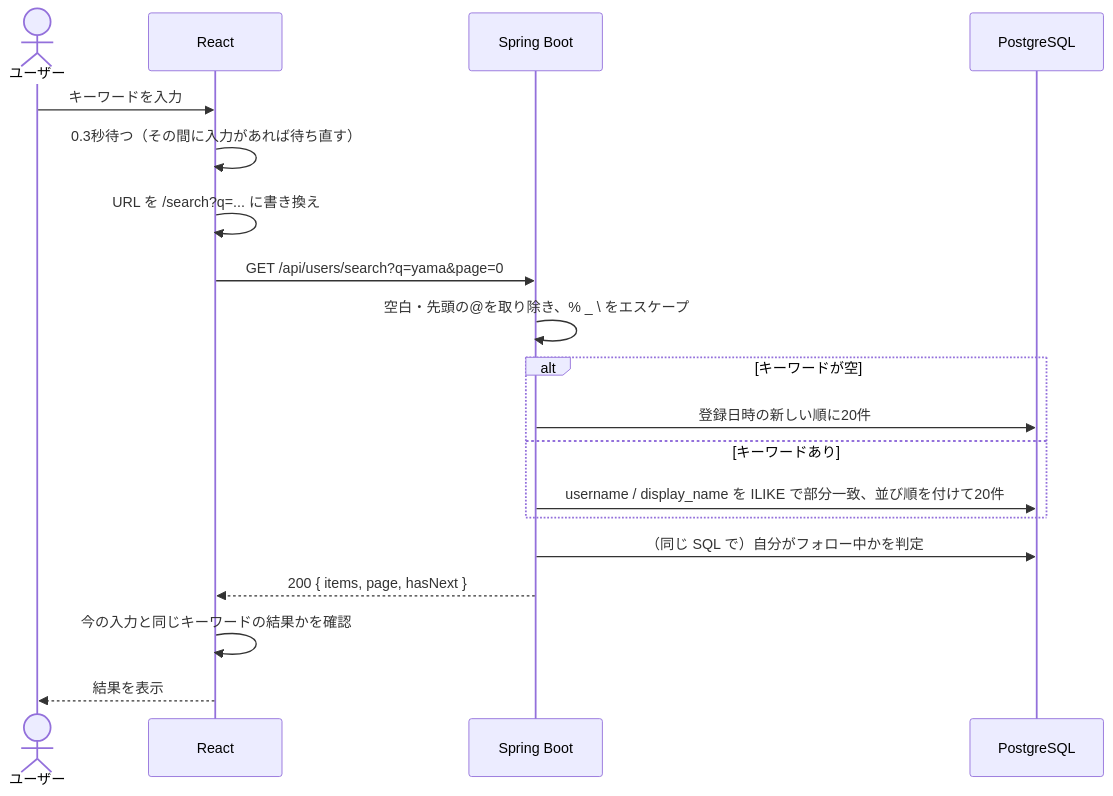
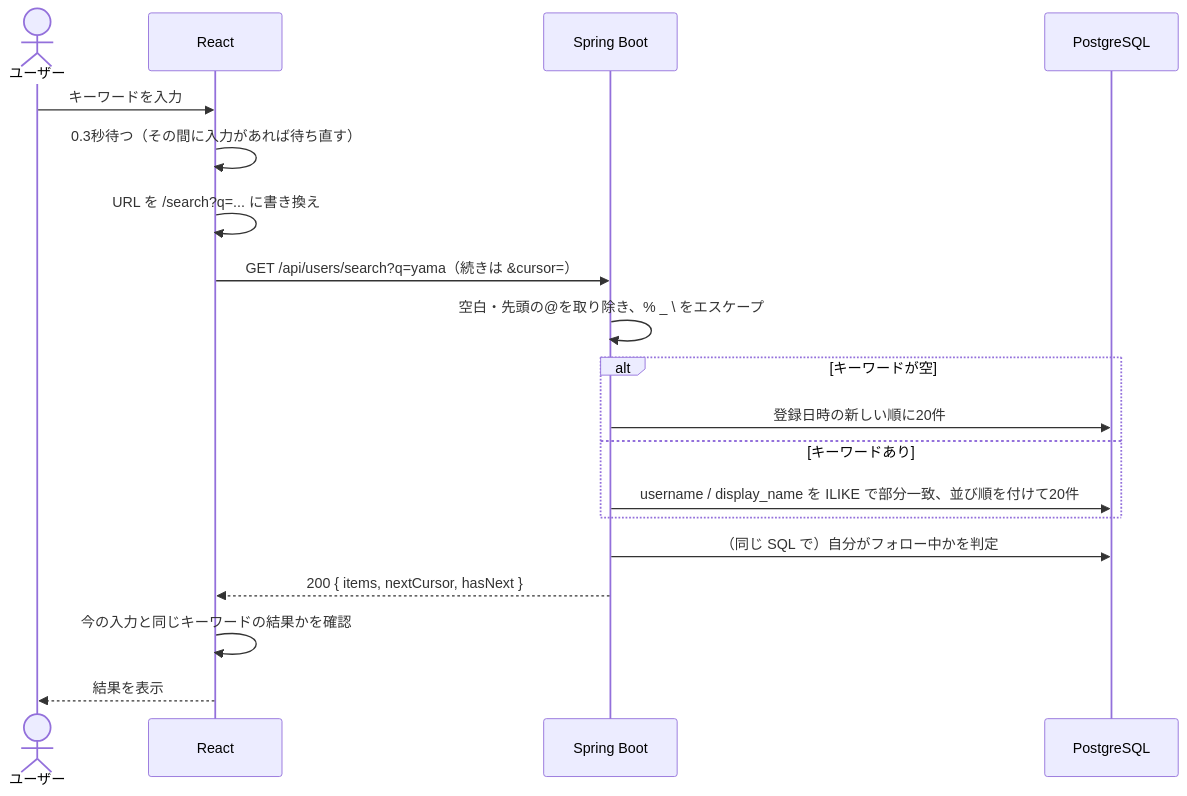
One commit to okky0908-prog/sns-app changed the diagram in docs/feature-specs/08_user_search.md. Above: the diagram before and after it, drawn with Mermaid. The commit also changed other lines of this file and 39 other files, not shown here.

````diff
--- a/docs/feature-specs/08_user_search.md
+++ b/docs/feature-specs/08_user_search.md
@@ -74,22 +74,22 @@
 ```mermaid
 sequenceDiagram
     actor U as ユーザー
     participant R as React
     participant S as Spring Boot
     participant DB as PostgreSQL
 
     U->>R: キーワードを入力
     R->>R: 0.3秒待つ（その間に入力があれば待ち直す）
     R->>R: URL を /search?q=... に書き換え
-    R->>S: GET /api/users/search?q=yama&page=0
+    R->>S: GET /api/users/search?q=yama（続きは &cursor=）
     S->>S: 空白・先頭の@を取り除き、% _ \ をエスケープ
     alt キーワードが空
         S->>DB: 登録日時の新しい順に20件
     else キーワードあり
         S->>DB: username / display_name を ILIKE で部分一致、並び順を付けて20件
     end
     S->>DB: （同じ SQL で）自分がフォロー中かを判定
-    S-->>R: 200 { items, page, hasNext }
+    S-->>R: 200 { items, nextCursor, hasNext }
     R->>R: 今の入力と同じキーワードの結果かを確認
     R-->>U: 結果を表示
 ```
````
